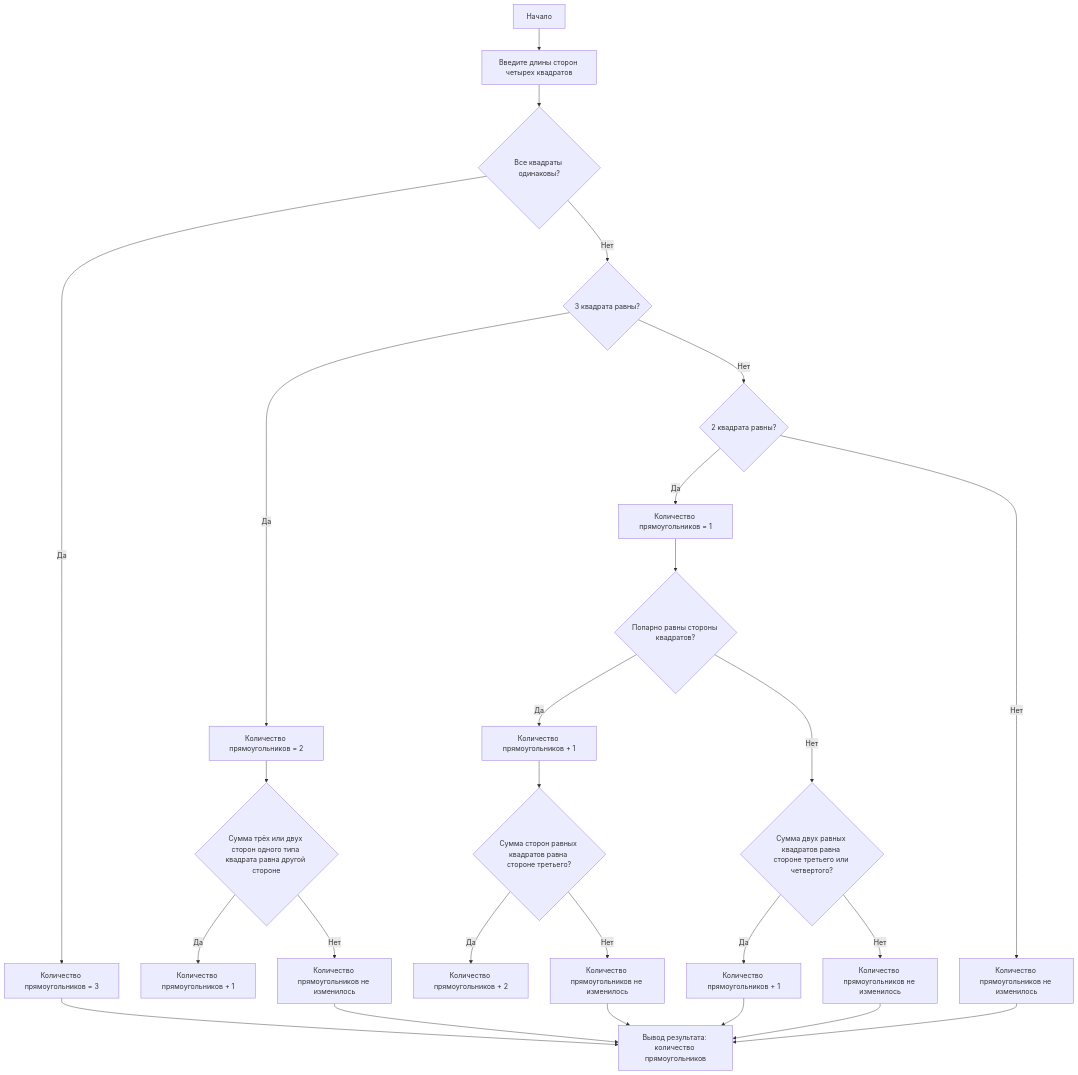
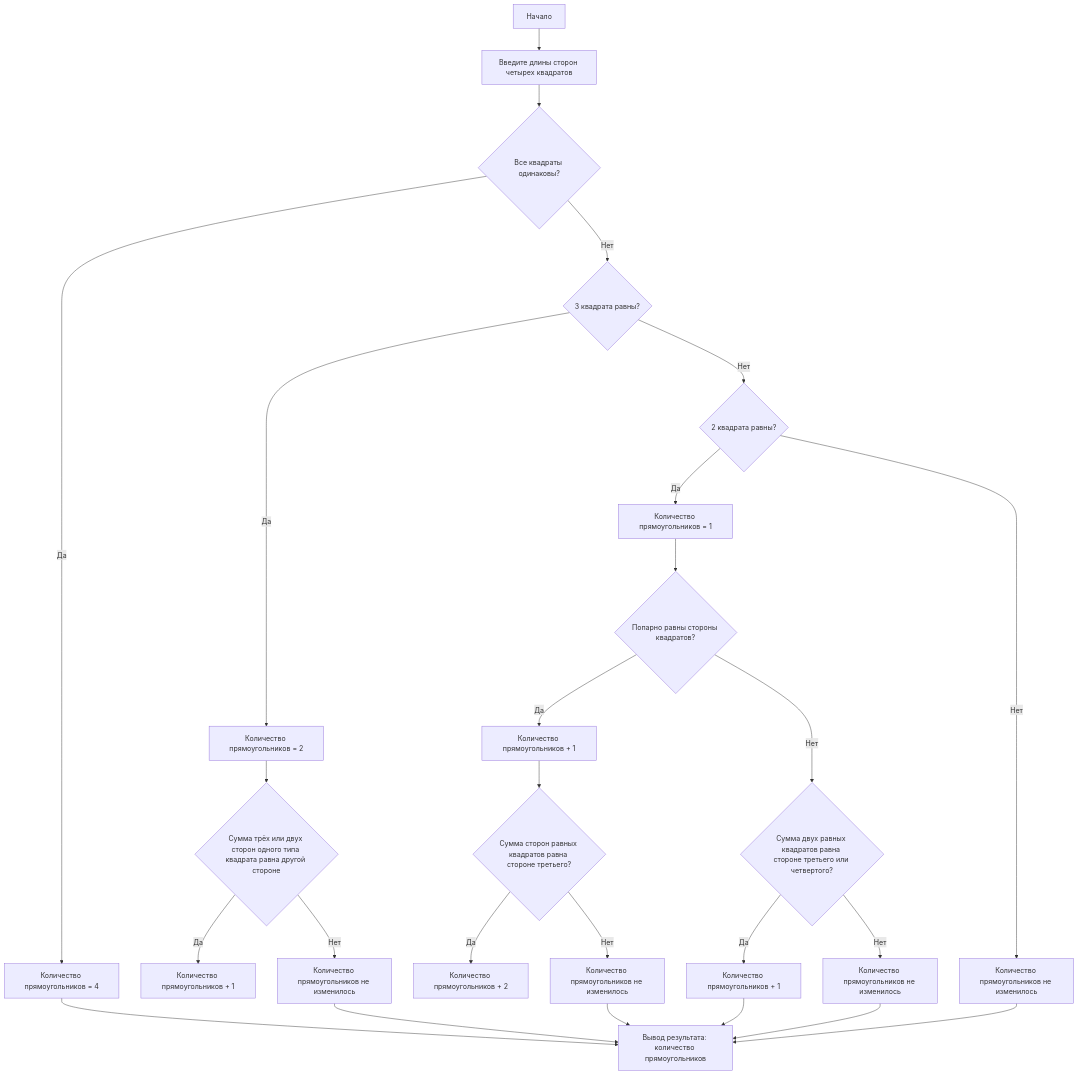
The diagram in README.md (llyannnn/Lab-1), drawn with Mermaid before and after one commit.

````diff
--- a/README.md
+++ b/README.md
@@ -94,29 +94,29 @@
 ```mermaid
 graph TD
     A["Начало"] --> B["Введите длины сторон четырех квадратов"]
     B --> C{"Все квадраты одинаковы?"}
-    C -- "Да" --> D1["Количество прямоугольников = 3"]
+    C -- "Да" --> D1["Количество прямоугольников = 4"]
     C -- "Нет" --> E{"3 квадрата равны?"}
     E -- "Да" --> F["Количество прямоугольников = 2"]
     F --> G{"Сумма трёх или двух сторон одного типа квадрата равна другой стороне"}
     G -- "Да" --> H["Количество прямоугольников + 1"]
     G -- "Нет" --> J["Количество прямоугольников не изменилось"]
     E -- "Нет" --> K{"2 квадрата равны?"}
     K -- "Да" --> L["Количество прямоугольников = 1"]
     L --> M{"Попарно равны стороны квадратов?"}
     M -- "Да" --> N["Количество прямоугольников + 1"]
     N --> O{"Сумма сторон равных квадратов равна стороне третьего?"}
     O -- "Да" --> P["Количество прямоугольников + 2"]
     O -- "Нет" --> Q["Количество прямоугольников не изменилось"]
     M -- "Нет" --> R{"Сумма двух равных квадратов равна стороне третьего или четвертого?"}
     R -- "Да" --> S["Количество прямоугольников + 1"]
     R -- "Нет" --> T["Количество прямоугольников не изменилось"]
     K -- "Нет" --> U["Количество прямоугольников не изменилось"]
     J --> V["Вывод результата: количество прямоугольников"]
     S --> V
     Q --> V
     T --> V
     U --> V
     D1 --> V
 
 ```
````
